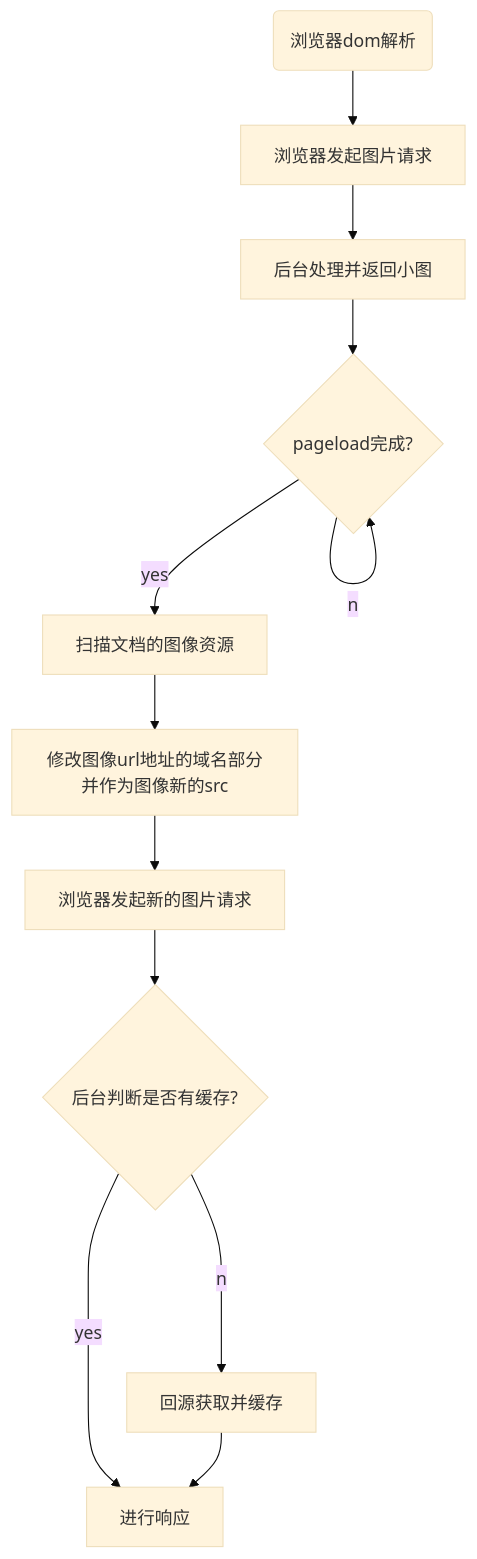
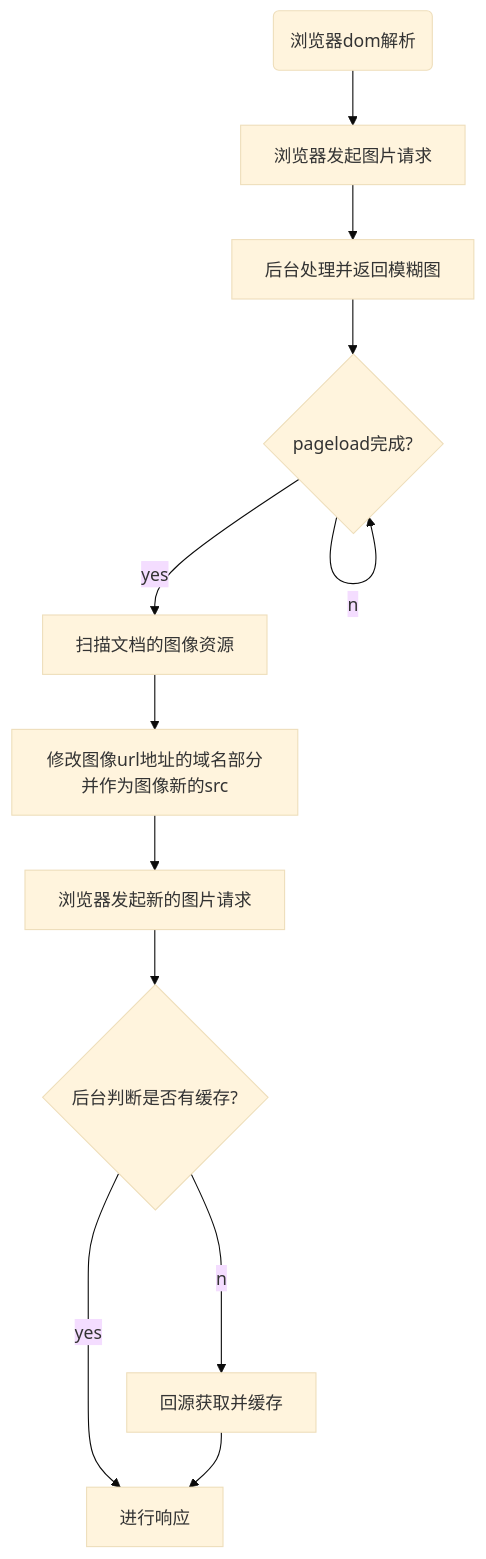
The first of 6 diagrams in Learning/2018Q2/图片分层加载.md (francecil/blog), drawn with Mermaid (base theme) before and after one commit. The commit also changed other lines of this file and 14 other files, not shown here.

````diff
--- a/Learning/2018Q2/图片分层加载.md
+++ b/Learning/2018Q2/图片分层加载.md
@@ -52,14 +52,14 @@
 ```mermaid
 graph TB
   st(浏览器dom解析)-->op[浏览器发起图片请求]
-  op-->op2[后台处理并返回小图]
+  op-->op2[后台处理并返回模糊图]
   op2-->co{ pageload完成? }
   co--no-->co
   co--yes-->op3[扫描文档的图像资源]
   op3-->op4[修改图像url地址的域名部分并作为图像新的src]
   op4-->op5[浏览器发起新的图片请求]
   op5-->co2{ 后台判断是否有缓存? }
   co2--no-->op6[回源获取并缓存]
   co2--yes-->op7[进行响应]
   op6-->op7
 ```
````
